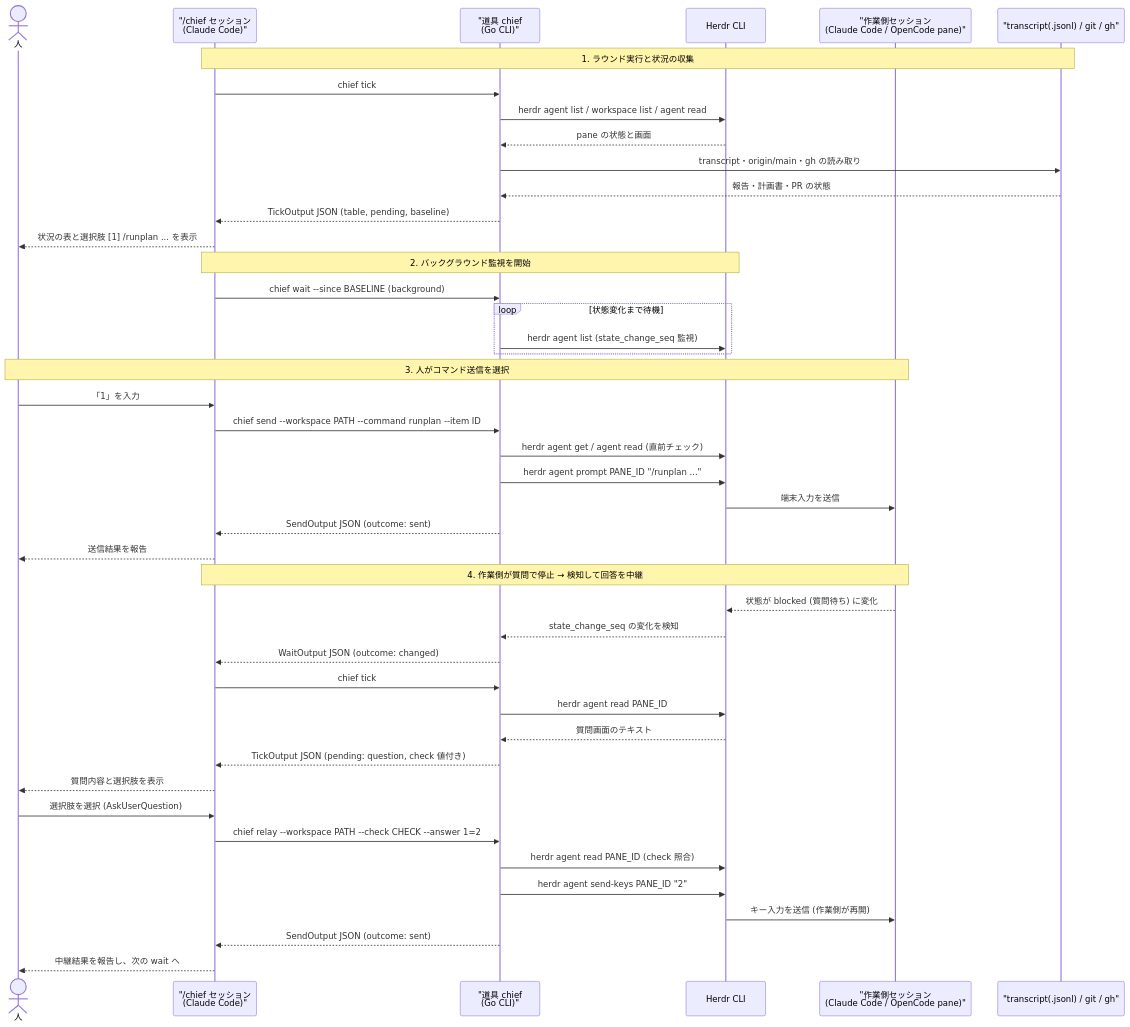
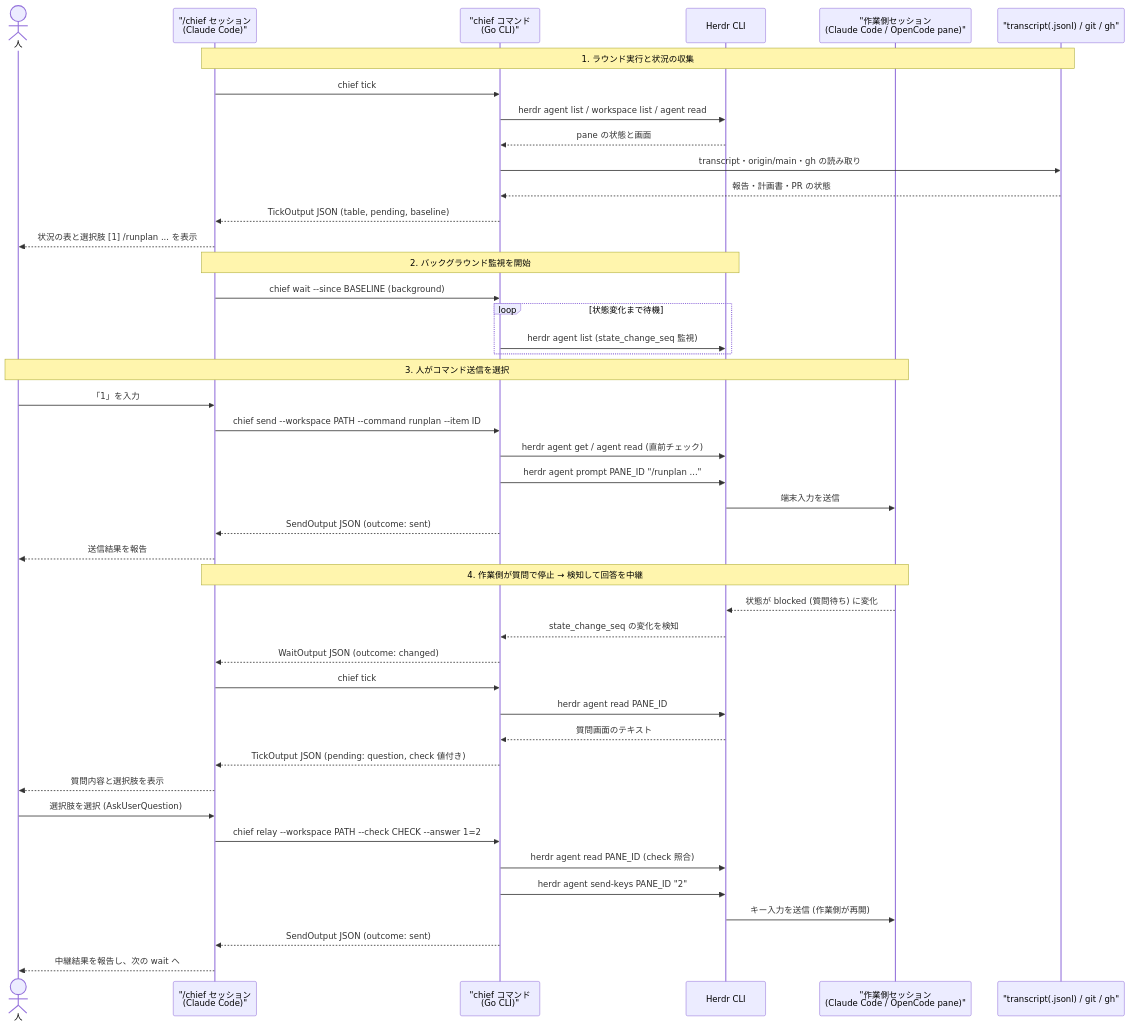
The second of 3 diagrams in docs/dev/chief_architecture.md (isseis/yt2column), drawn with Mermaid before and after one commit. The commit also changed other lines of this file, not shown here.

Commit message:
docs(0117): replace ambiguous tool wording with chief command in chief_architecture.md

````diff
--- a/docs/dev/chief_architecture.md
+++ b/docs/dev/chief_architecture.md
@@ -123,50 +123,50 @@
 ```mermaid
 sequenceDiagram
     actor Human as 人
     participant ChiefCC as "/chief セッション<br>(Claude Code)"
-    participant ChiefTool as "道具 chief<br>(Go CLI)"
+    participant ChiefTool as "chief コマンド<br>(Go CLI)"
     participant Herdr as Herdr CLI
     participant Worker as "作業側セッション<br>(Claude Code / OpenCode pane)"
     participant Files as "transcript(.jsonl) / git / gh"
 
     Note over ChiefCC,Files: 1. ラウンド実行と状況の収集
     ChiefCC->>ChiefTool: chief tick
     ChiefTool->>Herdr: herdr agent list / workspace list / agent read
     Herdr-->>ChiefTool: pane の状態と画面
     ChiefTool->>Files: transcript・origin/main・gh の読み取り
     Files-->>ChiefTool: 報告・計画書・PR の状態
     ChiefTool-->>ChiefCC: TickOutput JSON (table, pending, baseline)
     ChiefCC-->>Human: 状況の表と選択肢 [1] /runplan ... を表示
 
     Note over ChiefCC,Herdr: 2. バックグラウンド監視を開始
     ChiefCC->>ChiefTool: chief wait --since BASELINE (background)
     loop 状態変化まで待機
         ChiefTool->>Herdr: herdr agent list (state_change_seq 監視)
     end
 
     Note over Human,Worker: 3. 人がコマンド送信を選択
     Human->>ChiefCC: 「1」を入力
     ChiefCC->>ChiefTool: chief send --workspace PATH --command runplan --item ID
     ChiefTool->>Herdr: herdr agent get / agent read (直前チェック)
     ChiefTool->>Herdr: herdr agent prompt PANE_ID "/runplan ..."
     Herdr->>Worker: 端末入力を送信
     ChiefTool-->>ChiefCC: SendOutput JSON (outcome: sent)
     ChiefCC-->>Human: 送信結果を報告
 
     Note over Worker,ChiefCC: 4. 作業側が質問で停止 → 検知して回答を中継
     Worker-->>Herdr: 状態が blocked (質問待ち) に変化
     Herdr-->>ChiefTool: state_change_seq の変化を検知
     ChiefTool-->>ChiefCC: WaitOutput JSON (outcome: changed)
     ChiefCC->>ChiefTool: chief tick
     ChiefTool->>Herdr: herdr agent read PANE_ID
     Herdr-->>ChiefTool: 質問画面のテキスト
     ChiefTool-->>ChiefCC: TickOutput JSON (pending: question, check 値付き)
     ChiefCC-->>Human: 質問内容と選択肢を表示
     Human->>ChiefCC: 選択肢を選択 (AskUserQuestion)
     ChiefCC->>ChiefTool: chief relay --workspace PATH --check CHECK --answer 1=2
     ChiefTool->>Herdr: herdr agent read PANE_ID (check 照合)
     ChiefTool->>Herdr: herdr agent send-keys PANE_ID "2"
     Herdr->>Worker: キー入力を送信 (作業側が再開)
     ChiefTool-->>ChiefCC: SendOutput JSON (outcome: sent)
     ChiefCC-->>Human: 中継結果を報告し、次の wait へ
 ```
````
